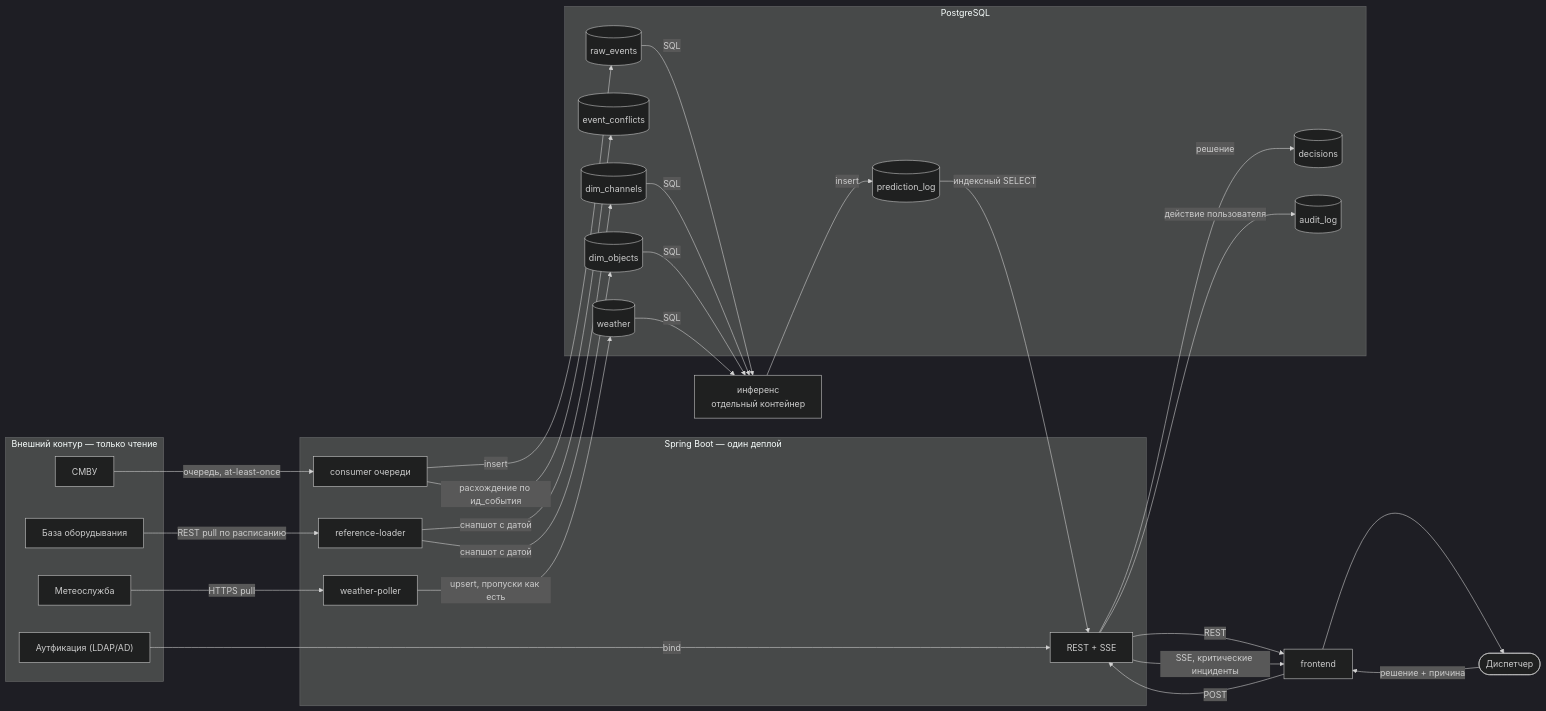
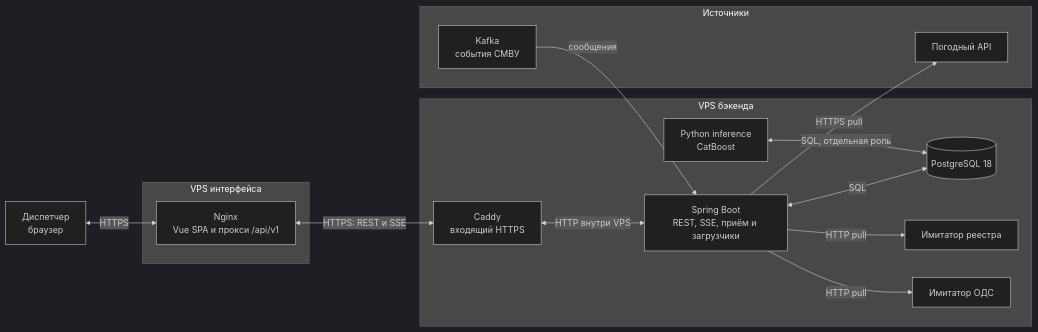
Before and after one commit to hack-goal-team/.github: the first of 4 diagrams in ARCHITECTURE.md, drawn with Mermaid (dark theme). The commit also changed other lines of this file and 2 other files, not shown here.

Commit message:
docs: document architecture flows and organization profile (#6)

````diff
--- a/ARCHITECTURE.md
+++ b/ARCHITECTURE.md
@@ -14,56 +11,32 @@
 ```mermaid
-graph LR
-  subgraph EXT["Внешний контур — только чтение"]
-    SMVU["СМВУ"]
-    ACC["База оборудывания"]
-    MET["Метеослужба"]
-    LDAP["Аутфикация (LDAP/AD)"]
+flowchart LR
+  user["Диспетчер<br/>браузер"]
+
+  subgraph front["VPS интерфейса"]
+    nginx["Nginx<br/>Vue SPA и прокси /api/v1"]
   end
 
-  subgraph APP["Spring Boot — один деплой"]
-    CONS["consumer очереди"]
-    REFL["reference-loader"]
-    WTH["weather-poller"]
-    API["REST + SSE"]
+  subgraph back["VPS бэкенда"]
+    caddy["Caddy<br/>входящий HTTPS"]
+    api["Spring Boot<br/>REST, SSE, приём и загрузчики"]
+    db[("PostgreSQL 18")]
+    inference["Python inference<br/>CatBoost"]
+    registry["Имитатор реестра"]
+    ods["Имитатор ОДС"]
   end
 
-  subgraph PG["PostgreSQL"]
-    RAW[("raw_events")]
-    CONF[("event_conflicts")]
-    DIMC[("dim_channels")]
-    DIMO[("dim_objects")]
-    WX[("weather")]
-    PRED[("prediction_log")]
-    DEC[("decisions")]
-    AUD[("audit_log")]
+  subgraph sources["Источники"]
+    kafka["Kafka<br/>события СМВУ"]
+    weather["Погодный API"]
   end
 
-  INF["инференс<br/>отдельный контейнер"]
-  UI["frontend"]
-  DISP(["Диспетчер"])
-
-  SMVU -->|"очередь, at-least-once"| CONS
-  CONS -->|"insert"| RAW
-  CONS -->|"расхождение по ид_события"| CONF
-  ACC -->|"REST pull по расписанию"| REFL
-  REFL -->|"снапшот с датой"| DIMC
-  REFL -->|"снапшот с датой"| DIMO
-  MET -->|"HTTPS pull"| WTH
-  WTH -->|"upsert, пропуски как есть"| WX
-
-  RAW -->|"SQL"| INF
-  DIMC -->|"SQL"| INF
-  DIMO -->|"SQL"| INF
-  WX -->|"SQL"| INF
-  INF -->|"insert"| PRED
-
-  PRED -->|"индексный SELECT"| API
-  API -->|"REST"| UI
-  API -->|"SSE, критические инциденты"| UI
-  UI --> DISP
-  DISP -->|"решение + причина"| UI
-  UI -->|"POST"| API
-  API -->|"решение"| DEC
-  API -->|"действие пользователя"| AUD
-  LDAP -->|"bind"| API
+  user <-->|"HTTPS"| nginx
+  nginx <-->|"HTTPS: REST и SSE"| caddy
+  caddy <-->|"HTTP внутри VPS"| api
+  kafka -->|"сообщения"| api
+  api -->|"HTTP pull"| registry
+  api -->|"HTTP pull"| ods
+  api -->|"HTTPS pull"| weather
+  api <-->|"SQL"| db
+  inference <-->|"SQL, отдельная роль"| db
 ```
````
